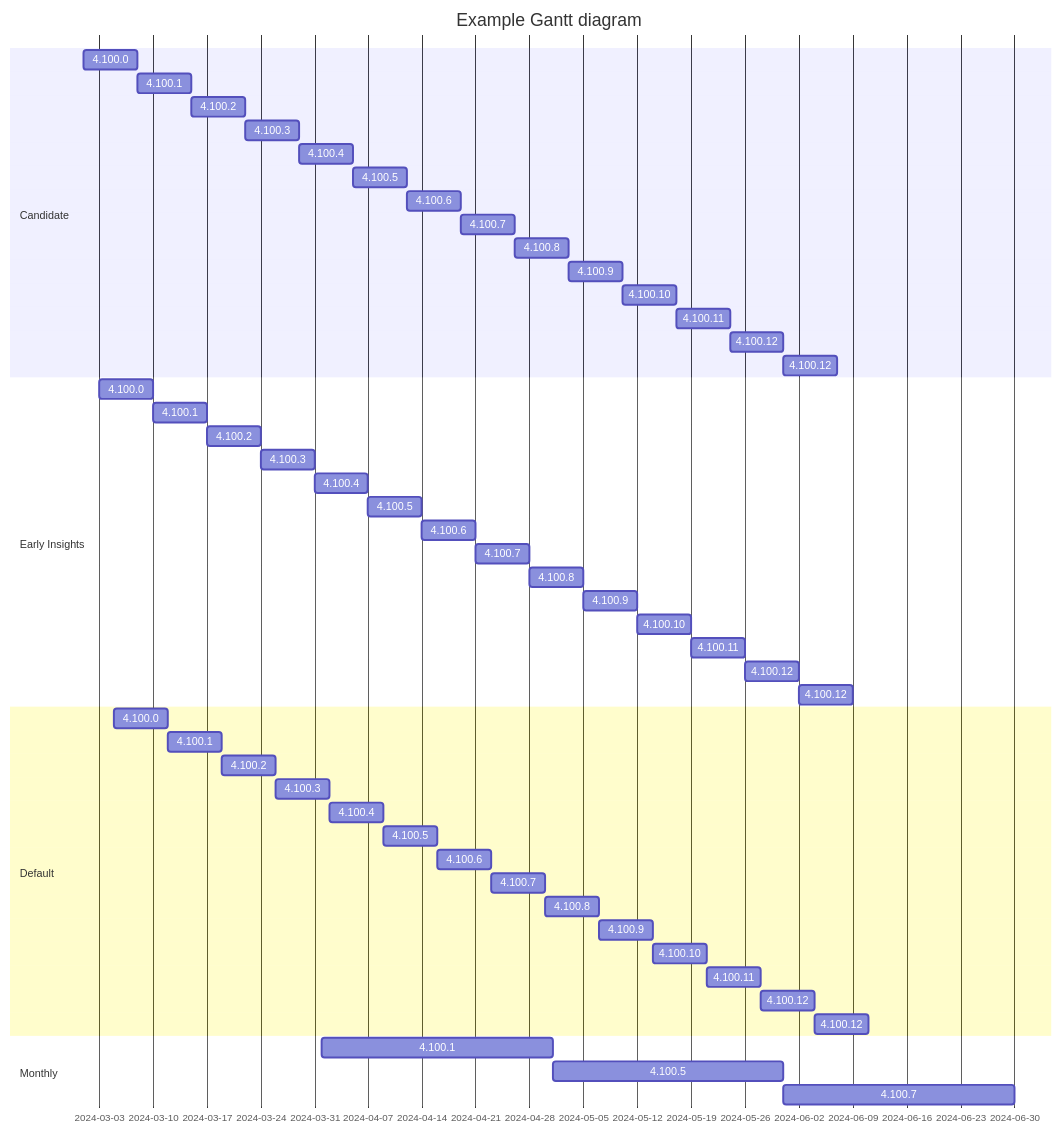
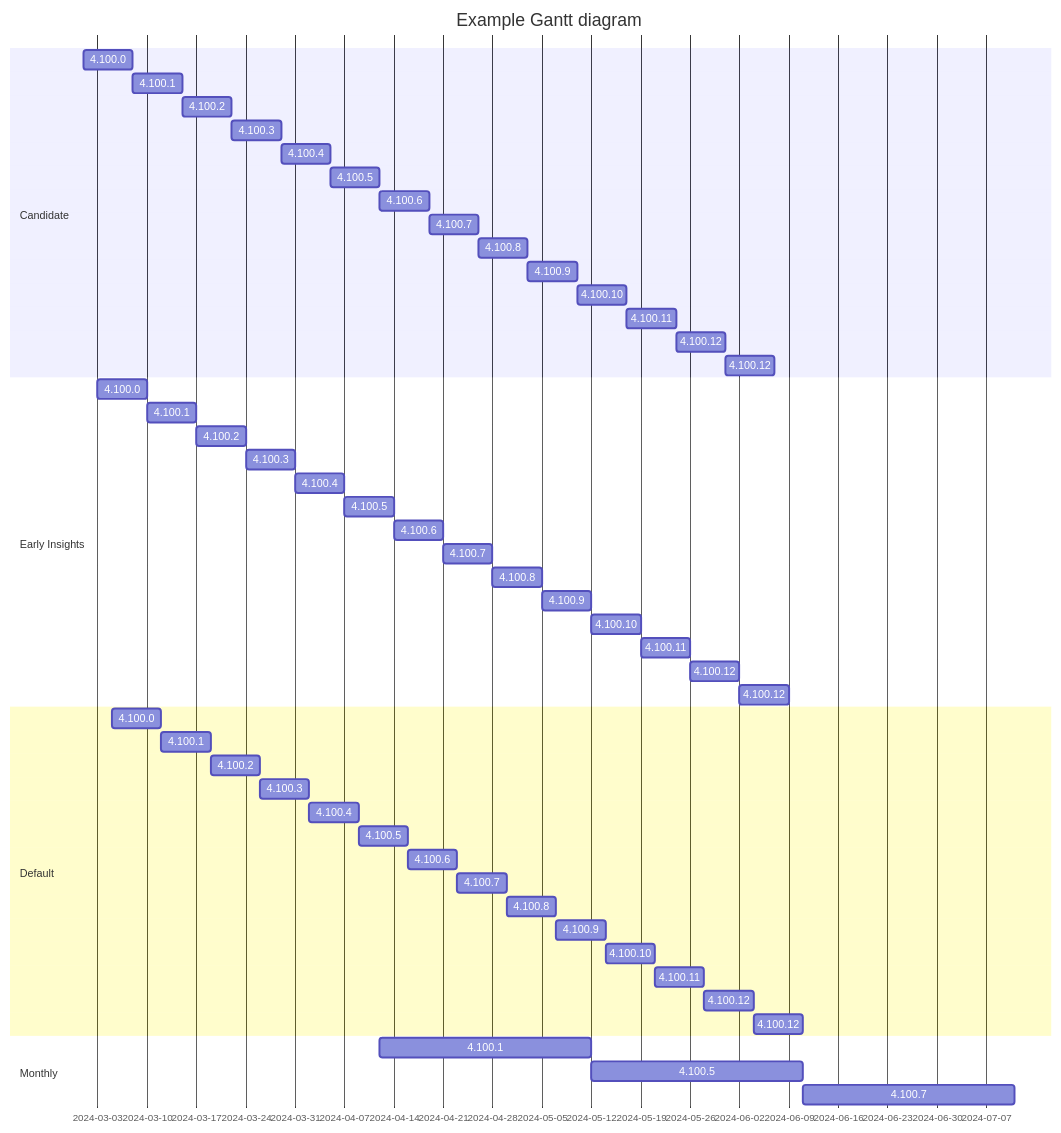
Before and after one commit to sdodson/cincinnati-graph-data: the diagram in policies.md, drawn with Mermaid. The commit also changed other lines of this file, not shown here.

````diff
--- a/policies.md
+++ b/policies.md
@@ -2,54 +2,54 @@
 ```mermaid
 gantt
  title Example Gantt diagram
     dateFormat  YYYY-MM-DD
     section Candidate
     4.100.0 :c41000, 2024-03-01,7d
     4.100.1 :c41001, after c41000, 7d
     4.100.2 :c41002, after c41001, 7d
     4.100.3 :c41003, after c41002, 7d
     4.100.4 :c41004, after c41003, 7d
     4.100.5 :c41005, after c41004, 7d
     4.100.6 :c41006, after c41005, 7d
     4.100.7 :c41007, after c41006, 7d
     4.100.8 :c41008, after c41007, 7d
     4.100.9 :c41009, after c41008, 7d
     4.100.10 :c410010, after c41009, 7d
     4.100.11 :c410011, after c410010, 7d
     4.100.12 :c410012, after c410011, 7d
     4.100.12 :c410013, after c410012, 7d
     section Early Insights
     4.100.0 :ea41000, 2024-03-03,7d
     4.100.1 :ea41001, after ea41000, 7d
     4.100.2 :ea41002, after ea41001, 7d
     4.100.3 :ea41003, after ea41002, 7d
     4.100.4 :ea41004, after ea41003, 7d
     4.100.5 :ea41005, after ea41004, 7d
     4.100.6 :ea41006, after ea41005, 7d
     4.100.7 :ea41007, after ea41006, 7d
     4.100.8 :ea41008, after ea41007, 7d
     4.100.9 :ea41009, after ea41008, 7d
     4.100.10 :ea410010, after ea41009, 7d
     4.100.11 :ea410011, after ea410010, 7d
     4.100.12 :ea410012, after ea410011, 7d
     4.100.12 :ea410013, after ea410012, 7d
     Section Default
     4.100.0 :d41000, 2024-03-05,7d
     4.100.1 :d41001, after d41000, 7d
     4.100.2 :d41002, after d41001, 7d
     4.100.3 :d41003, after d41002, 7d
     4.100.4 :d41004, after d41003, 7d
     4.100.5 :d41005, after d41004, 7d
     4.100.6 :d41006, after d41005, 7d
     4.100.7 :d41007, after d41006, 7d
     4.100.8 :d41008, after d41007, 7d
     4.100.9 :d41009, after d41008, 7d
     4.100.10 :d410010, after d41009, 7d
     4.100.11 :d410011, after d410010, 7d
     4.100.12 :d410012, after d410011, 7d
     4.100.12 :d410013, after d410012, 7d
     Section Monthly
-    4.100.1 :m41001, 2024-04-01, 30d
+    4.100.1 :m41001, 2024-04-12, 30d
     4.100.5 :m41005, after m41001, 30d
     4.100.7 :m41007, after m41005, 30d
 ```
````
